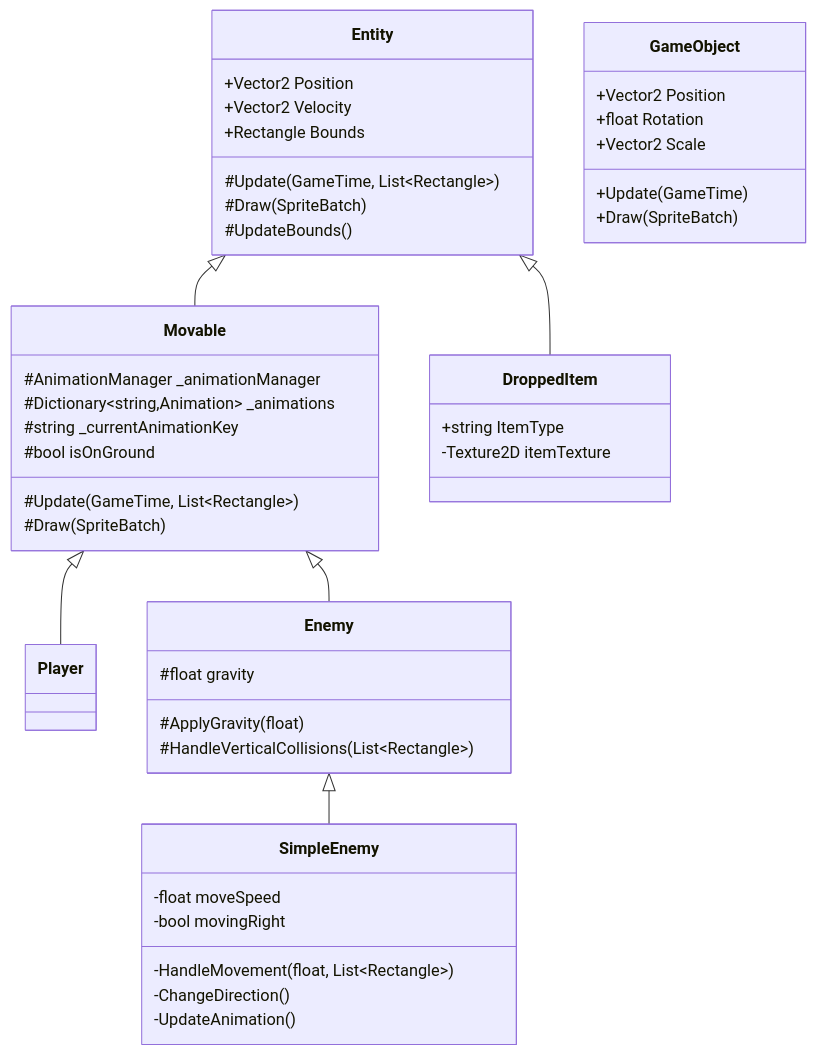
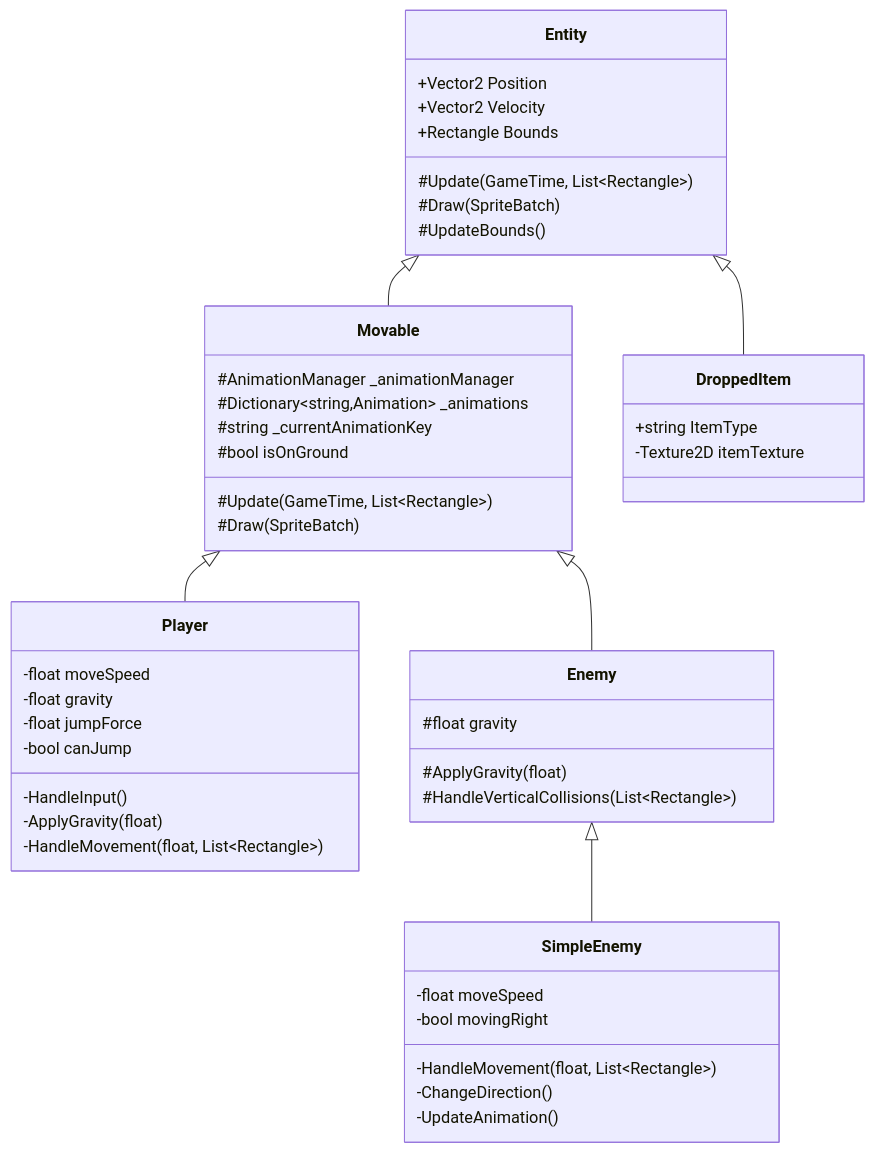
The diagram in README.md (ModzabazeR/2567-2-ComGame-FinalProject), drawn with Mermaid before and after one commit. The commit also changed other lines of this file, not shown here.

````diff
--- a/README.md
+++ b/README.md
@@ -23,53 +23,55 @@
 ```mermaid
 classDiagram
     Entity <|-- Movable
     Movable <|-- Player
     Movable <|-- Enemy
     Enemy <|-- SimpleEnemy
     Entity <|-- DroppedItem
-    
-    class GameObject {
-        +Vector2 Position
-        +float Rotation
-        +Vector2 Scale
-        +Update(GameTime)
-        +Draw(SpriteBatch)
-    }
-    
+
     class Entity {
         +Vector2 Position
         +Vector2 Velocity
         +Rectangle Bounds
         #Update(GameTime, List~Rectangle~)
         #Draw(SpriteBatch)
         #UpdateBounds()
     }
     
     class Movable {
         #AnimationManager _animationManager
         #Dictionary~string,Animation~ _animations
         #string _currentAnimationKey
         #bool isOnGround
         #Update(GameTime, List~Rectangle~)
         #Draw(SpriteBatch)
+    }
+    
+    class Player {
+        -float moveSpeed
+        -float gravity
+        -float jumpForce
+        -bool canJump
+        -HandleInput()
+        -ApplyGravity(float)
+        -HandleMovement(float, List~Rectangle~)
     }
     
     class Enemy {
         #float gravity
         #ApplyGravity(float)
         #HandleVerticalCollisions(List~Rectangle~)
     }
     
     class SimpleEnemy {
         -float moveSpeed
         -bool movingRight
         -HandleMovement(float, List~Rectangle~)
         -ChangeDirection()
         -UpdateAnimation()
     }
     
     class DroppedItem {
         +string ItemType
         -Texture2D itemTexture
     }
 ```
````
